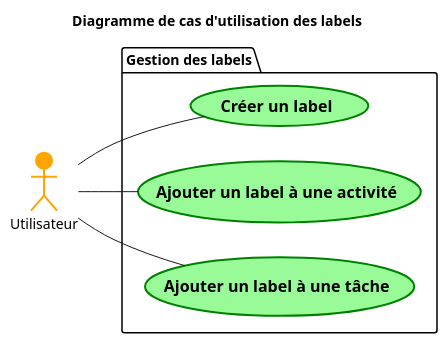
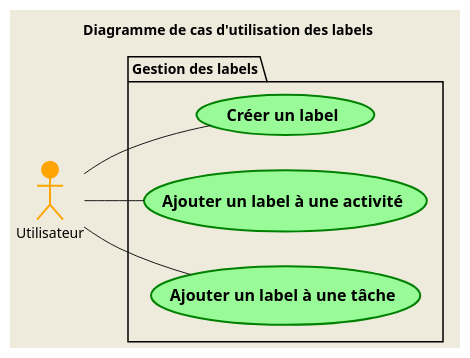
One commit to SamuelGuillemet/igloo changed the diagram in Modelisation/Diagrammes/PlantUML/diag_use_case_5.puml. Above: the diagram before and after it, drawn with PlantUML. The commit also changed 7 other files, not shown here.

Commit message:
Add plantuml testing files

```diff
--- a/Modelisation/Diagrammes/PlantUML/diag_use_case_5.puml
+++ b/Modelisation/Diagrammes/PlantUML/diag_use_case_5.puml
@@ -1,18 +1,20 @@
-@startuml  
+@startuml UseCase5
 title Diagramme de cas d'utilisation des labels
 
 left to right direction
+skinparam style strictuml
+skinparam backgroundColor #EEEBDC
 
 actor Utilisateur #Orange;line:Orange;line.bold
 
 package "Gestion des labels" {
     usecase "== Créer un label" as UC18 #PaleGreen;line:Green;line.bold
     usecase "== Ajouter un label à une activité" as UC19 #PaleGreen;line:Green;line.bold
     usecase "== Ajouter un label à une tâche" as UC20 #PaleGreen;line:Green;line.bold
 }
 
 Utilisateur -- UC18
 Utilisateur -- UC19
 Utilisateur -- UC20
 
 @enduml
```
